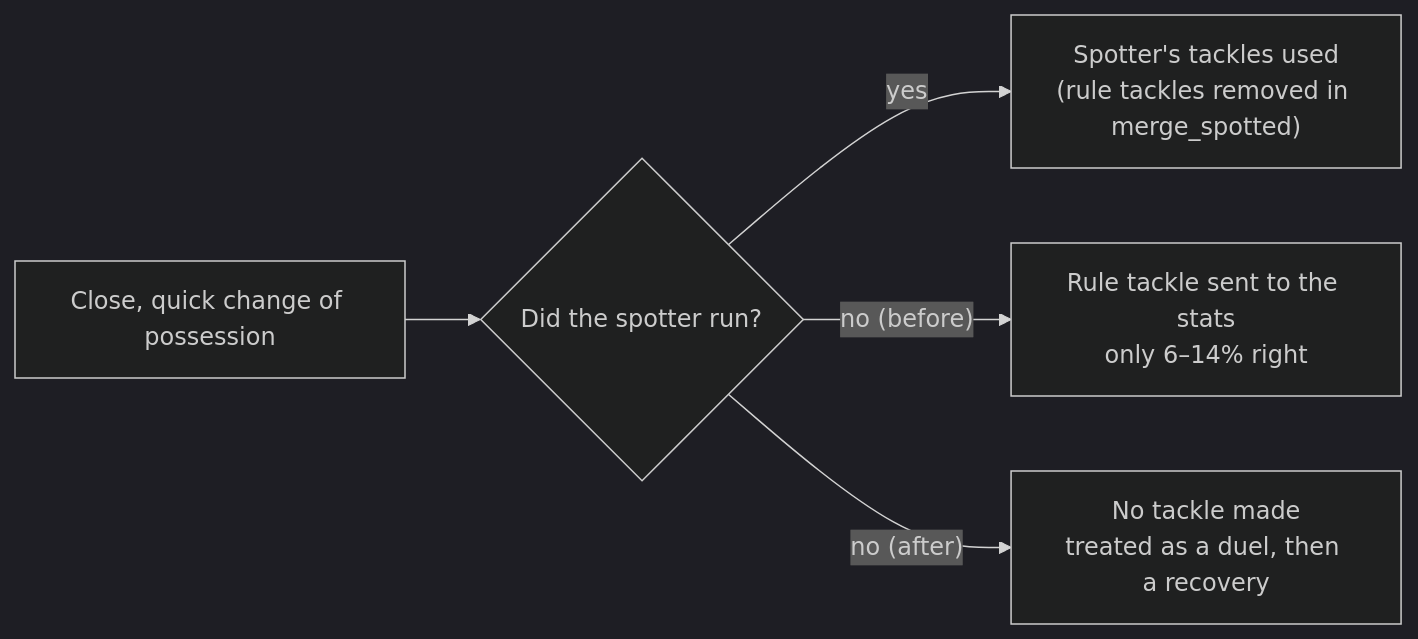
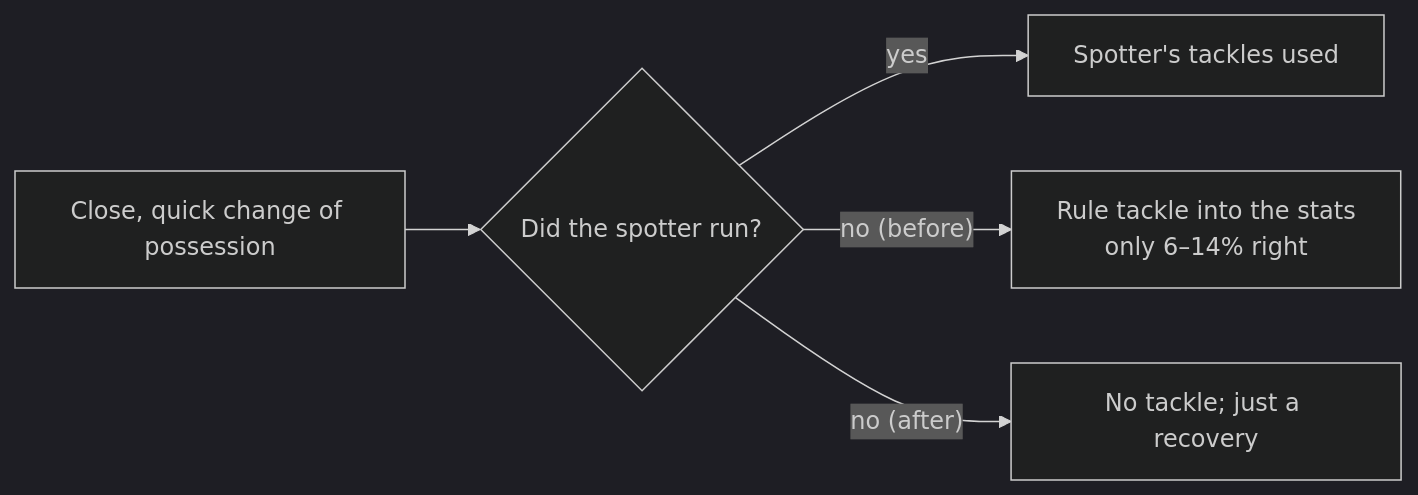
One commit to havochadi/AIFootballProfiler changed the second of 3 diagrams in README.md. Above: the diagram before and after it, drawn with Mermaid (dark theme). The commit also changed other lines of this file, not shown here.

````diff
--- a/README.md
+++ b/README.md
@@ -78,7 +91,7 @@
 ```mermaid
 flowchart LR
     X["Close, quick change of possession"] --> Q{"Did the spotter run?"}
-    Q -- yes --> Y["Spotter's tackles used<br>(rule tackles removed in merge_spotted)"]
-    Q -- "no (before)" --> N1["Rule tackle sent to the stats<br>only 6–14% right"]
-    Q -- "no (after)" --> N2["No tackle made<br>treated as a duel, then a recovery"]
+    Q -- yes --> Y["Spotter's tackles used"]
+    Q -- "no (before)" --> N1["Rule tackle into the stats<br>only 6–14% right"]
+    Q -- "no (after)" --> N2["No tackle; just a recovery"]
 ```
````
